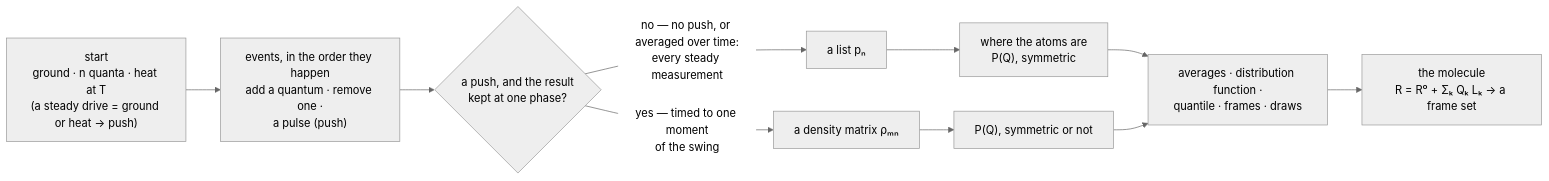
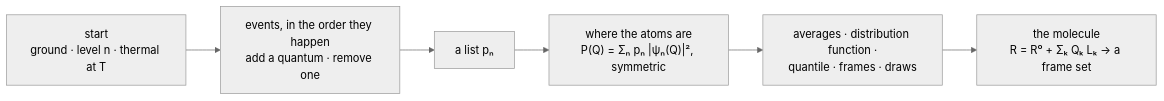
One commit to Qing-LAB/molbuilder changed the sixth of 11 diagrams in docs/science/vibrational-averaging.md. Above: the diagram before and after it, drawn with Mermaid (neutral theme). The commit also changed other lines of this file and 44 other files, not shown here.

````diff
--- a/docs/science/vibrational-averaging.md
+++ b/docs/science/vibrational-averaging.md
@@ -1675,12 +1571,8 @@
 ```mermaid
 flowchart LR
-    S["start<br/>ground · n quanta · heat at T<br/>(a steady drive = ground or heat → push)"] --> E["events, in the order they happen<br/>add a quantum · remove one ·<br/>a pulse (push)"]
-    E --> A{"a push, and the result<br/>kept at one phase?"}
-    A -->|"no — no push, or averaged over time:<br/>every steady measurement"| L["a list pₙ"]
-    A -->|"yes — timed to one moment<br/>of the swing"| M["a density matrix ρₘₙ"]
-    L --> P["where the atoms are<br/>P(Q), symmetric"]
-    M --> P2["P(Q), symmetric or not"]
+    S["start<br/>ground · level n · thermal at T"] --> E["events, in the order they happen<br/>add a quantum · remove one"]
+    E --> L["a list pₙ"]
+    L --> P["where the atoms are<br/>P(Q) = Σₙ pₙ |ψₙ(Q)|², symmetric"]
     P --> N["averages · distribution function ·<br/>quantile · frames · draws"]
-    P2 --> N
     N --> R["the molecule<br/>R = R⁰ + Σₖ Qₖ Lₖ → a frame set"]
 ```
````
